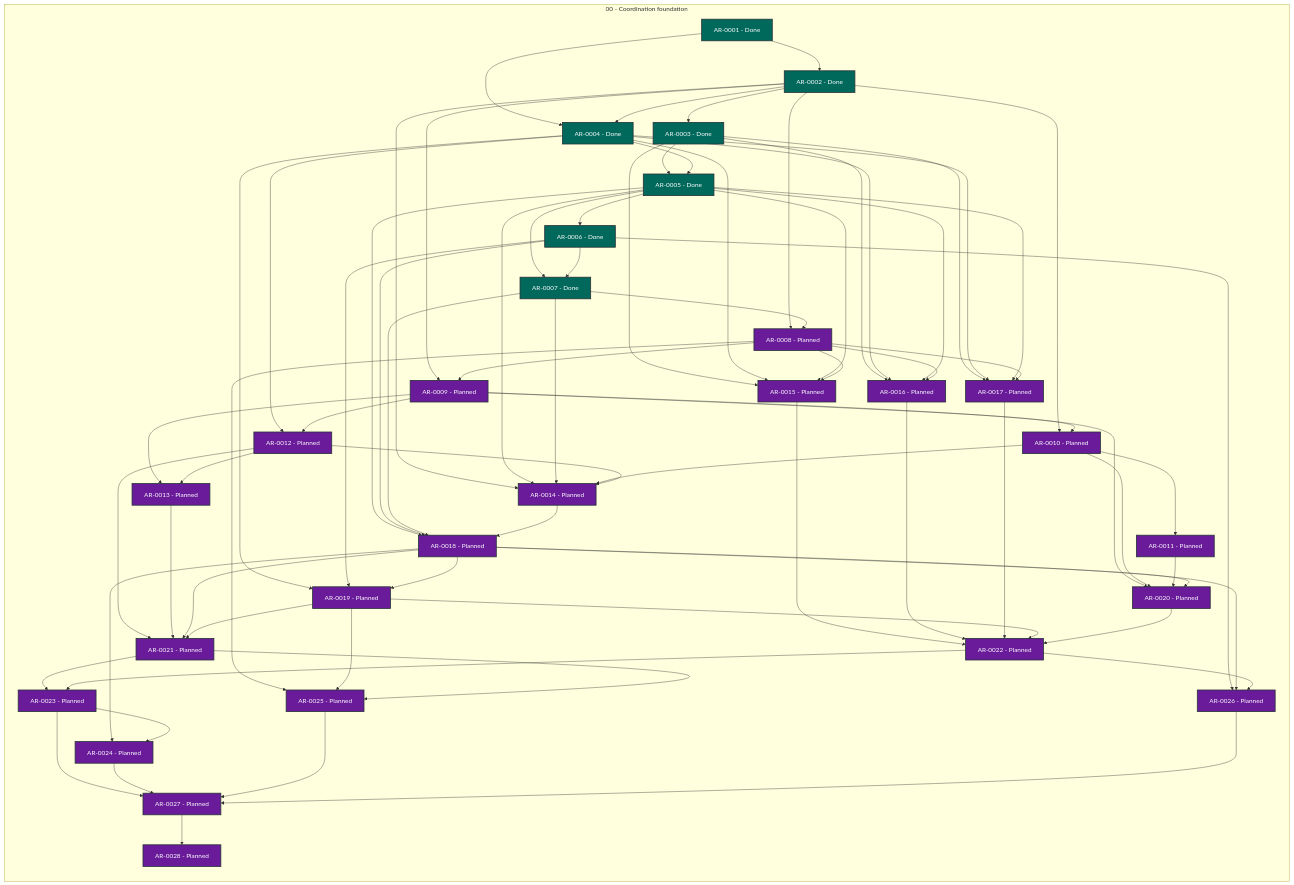
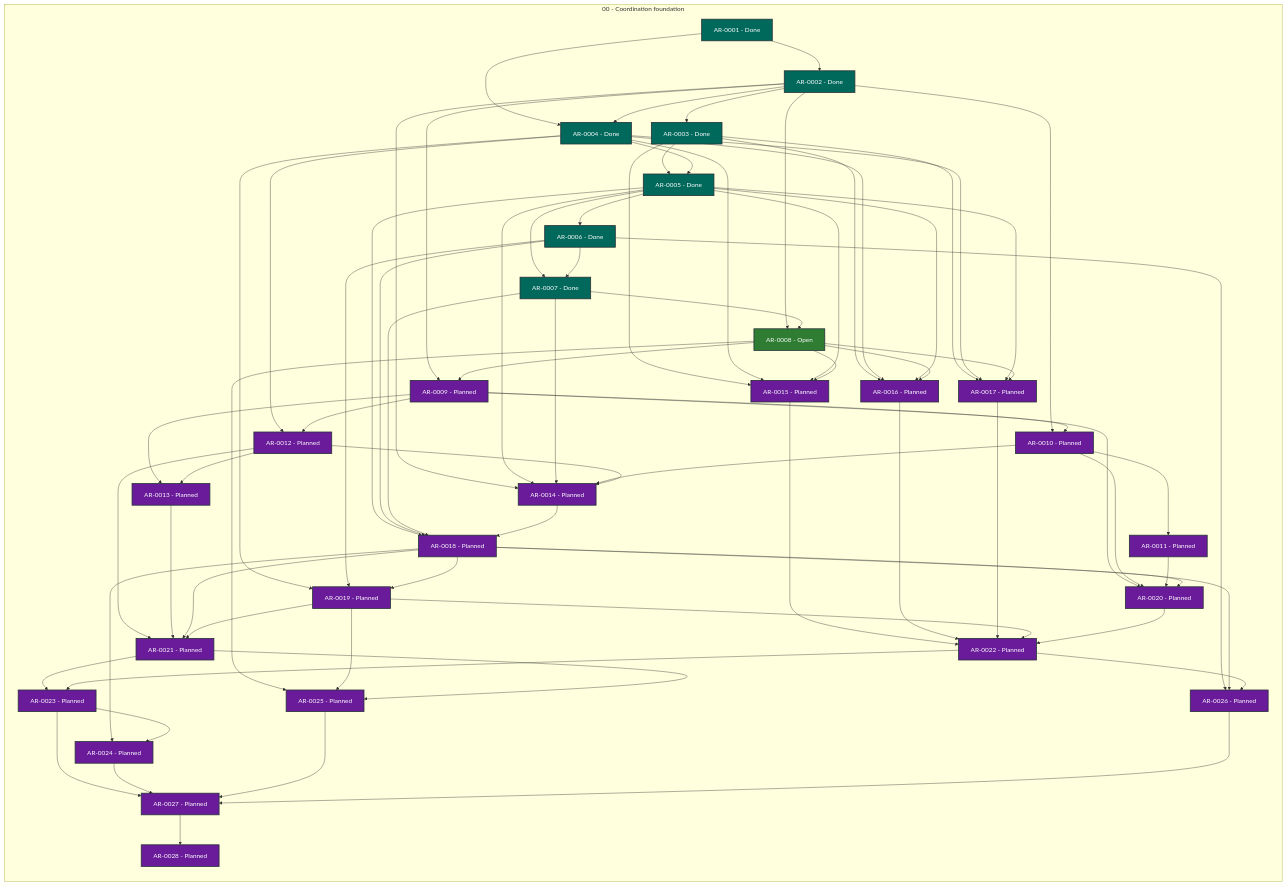
One commit to martin-beck/agent-workflow-runtime-state changed the diagram in STATUS.md. Above: the diagram before and after it, drawn with Mermaid. The commit also changed other lines of this file and 2 other files, not shown here.

```diff
--- a/STATUS.md
+++ b/STATUS.md
@@ -35,7 +35,7 @@
         AR_0005["AR-0005 - Done"]:::status_done
         AR_0006["AR-0006 - Done"]:::status_done
         AR_0007["AR-0007 - Done"]:::status_done
-        AR_0008["AR-0008 - Planned"]:::status_planned
+        AR_0008["AR-0008 - Open"]:::status_open
         AR_0009["AR-0009 - Planned"]:::status_planned
         AR_0010["AR-0010 - Planned"]:::status_planned
         AR_0011["AR-0011 - Planned"]:::status_planned
```
